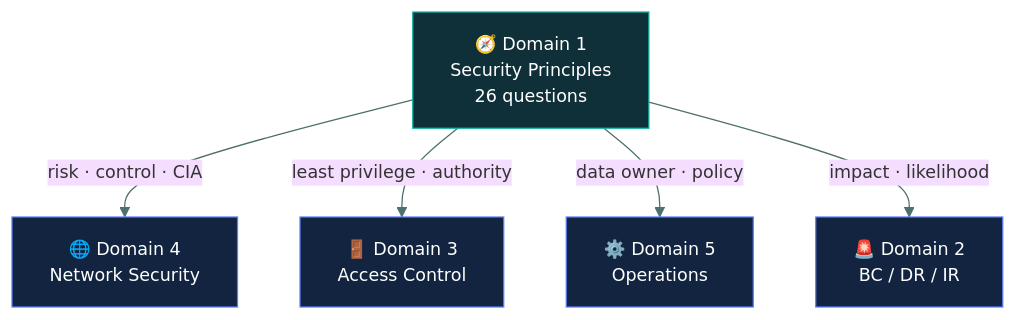
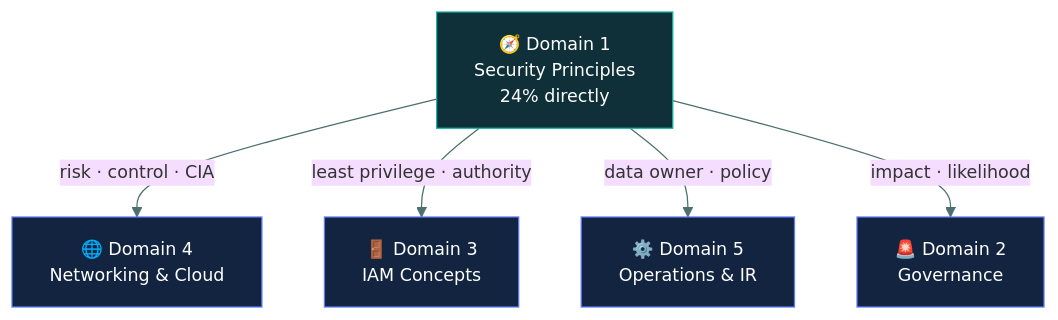
Before and after one commit to tarunTejaDesireddy/cc-exam-prep: the diagram in 01-security-principles/README.md, drawn with Mermaid. The commit also changed other lines of this file and 12 other files, not shown here.

First line of the commit message:
Update Domain 1 for live outline: 24%, add due-care-and-due-diligence, expand risk & governance

````diff
--- a/01-security-principles/README.md
+++ b/01-security-principles/README.md
@@ -69,15 +70,15 @@
 ```mermaid
 %%{init: {'theme':'base','themeVariables':{'fontSize':'14px','lineColor':'#4d6f6e','textColor':'#dbe7e6'}}}%%
 flowchart TD
-    D1["🧭 Domain 1<br/>Security Principles<br/>26 questions"]
-    D1 -->|"risk · control · CIA"| D4["🌐 Domain 4<br/>Network Security"]
-    D1 -->|"least privilege · authority"| D3["🚪 Domain 3<br/>Access Control"]
-    D1 -->|"data owner · policy"| D5["⚙️ Domain 5<br/>Operations"]
-    D1 -->|"impact · likelihood"| D2["🚨 Domain 2<br/>BC / DR / IR"]
+    D1["🧭 Domain 1<br/>Security Principles<br/>24% directly"]
+    D1 -->|"risk · control · CIA"| D4["🌐 Domain 4<br/>Networking & Cloud"]
+    D1 -->|"least privilege · authority"| D3["🚪 Domain 3<br/>IAM Concepts"]
+    D1 -->|"data owner · policy"| D5["⚙️ Domain 5<br/>Operations & IR"]
+    D1 -->|"impact · likelihood"| D2["🚨 Domain 2<br/>Governance"]
 
     style D1 fill:#0f3038,stroke:#12B5A5,color:#fff
     style D4 fill:#12243f,stroke:#5C7CFA,color:#fff
     style D3 fill:#12243f,stroke:#5C7CFA,color:#fff
     style D5 fill:#12243f,stroke:#5C7CFA,color:#fff
     style D2 fill:#12243f,stroke:#5C7CFA,color:#fff
 ```
````
